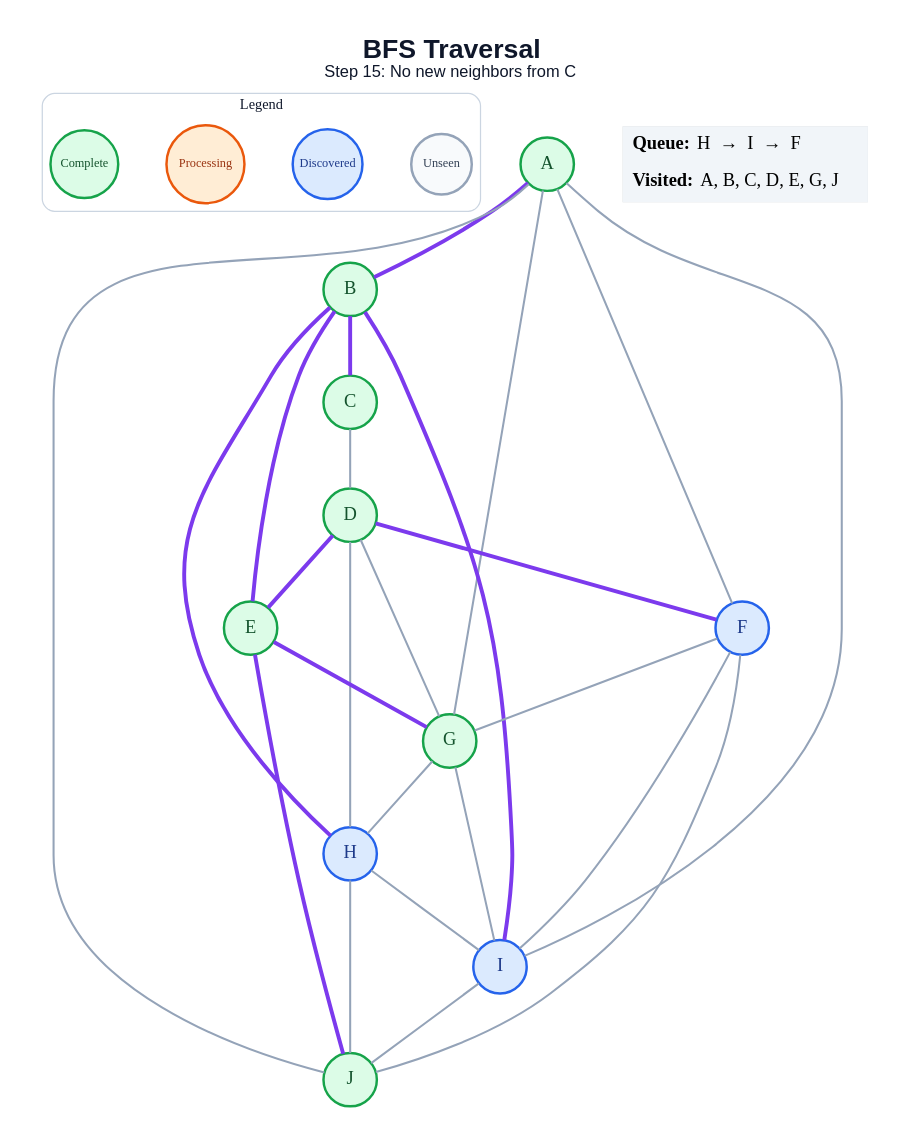
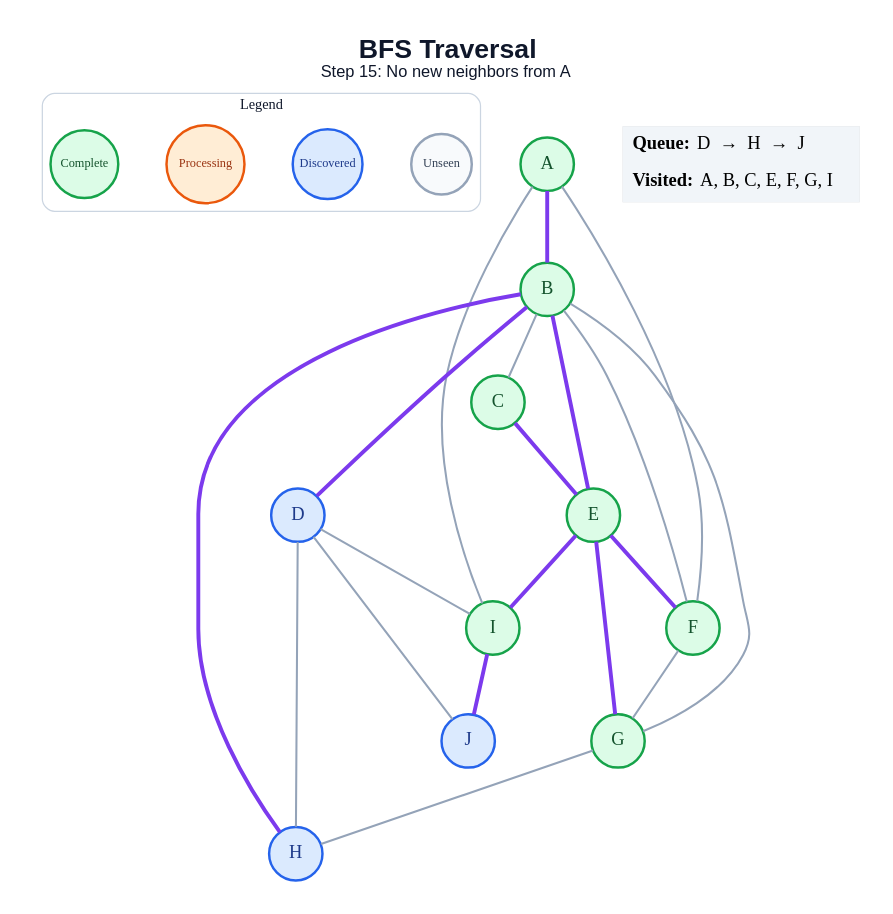
The diagram in generated/specific-node/bfs/step_15.dot (amanghodawala9/ai-slop), drawn with Graphviz before and after one commit. The commit also changed 178 other files, not shown here.

```diff
--- a/generated/specific-node/bfs/step_15.dot
+++ b/generated/specific-node/bfs/step_15.dot
@@ -1,53 +1,48 @@
 graph traversal {
   graph [layout=dot, rankdir=TB, bgcolor="#FFFFFF", pad="0.35", nodesep="0.65", ranksep="0.8", fontname="Arial"];
   node [shape=circle, style="filled", fontname="Arial Bold", fontsize=18, width=0.72, fixedsize=true, penwidth=2.4];
   edge [color="#94A3B8", penwidth=2.0];
-  label=<<B>BFS Traversal</B><BR/><FONT POINT-SIZE="16">Step 15: No new neighbors from C</FONT>>; labelloc="t"; fontsize=26; fontname="Arial"; fontcolor="#0F172A";
+  label=<<B>BFS Traversal</B><BR/><FONT POINT-SIZE="16">Step 15: No new neighbors from A</FONT>>; labelloc="t"; fontsize=26; fontname="Arial"; fontcolor="#0F172A";
   subgraph cluster_legend { label="Legend"; color="#CBD5E1"; penwidth=1.2; style="rounded"; fontsize=14; fontname="Arial Bold";
     key_unseen [label="Unseen", fillcolor="#F8FAFC", color="#94A3B8", fontcolor="#334155", fontsize=12, width=0.82];
     key_frontier [label="Discovered", fillcolor="#DBEAFE", color="#2563EB", fontcolor="#1E3A8A", fontsize=12, width=0.95];
     key_current [label="Processing", fillcolor="#FFEDD5", color="#EA580C", fontcolor="#9A3412", fontsize=12, width=1.05];
     key_done [label="Complete", fillcolor="#DCFCE7", color="#16A34A", fontcolor="#14532D", fontsize=12, width=0.92];
     { rank=same; key_unseen; key_frontier; key_current; key_done; }
   }
   A [fillcolor="#DCFCE7", color="#16A34A", fontcolor="#14532D"];
   B [fillcolor="#DCFCE7", color="#16A34A", fontcolor="#14532D"];
   C [fillcolor="#DCFCE7", color="#16A34A", fontcolor="#14532D"];
-  D [fillcolor="#DCFCE7", color="#16A34A", fontcolor="#14532D"];
+  D [fillcolor="#DBEAFE", color="#2563EB", fontcolor="#1E3A8A"];
   E [fillcolor="#DCFCE7", color="#16A34A", fontcolor="#14532D"];
-  F [fillcolor="#DBEAFE", color="#2563EB", fontcolor="#1E3A8A"];
+  F [fillcolor="#DCFCE7", color="#16A34A", fontcolor="#14532D"];
   G [fillcolor="#DCFCE7", color="#16A34A", fontcolor="#14532D"];
   H [fillcolor="#DBEAFE", color="#2563EB", fontcolor="#1E3A8A"];
-  I [fillcolor="#DBEAFE", color="#2563EB", fontcolor="#1E3A8A"];
-  J [fillcolor="#DCFCE7", color="#16A34A", fontcolor="#14532D"];
+  I [fillcolor="#DCFCE7", color="#16A34A", fontcolor="#14532D"];
+  J [fillcolor="#DBEAFE", color="#2563EB", fontcolor="#1E3A8A"];
   A -- B [color="#7C3AED", penwidth=3.8];
   A -- F;
-  A -- G;
   A -- I;
-  A -- J;
-  B -- C [color="#7C3AED", penwidth=3.8];
+  B -- C;
+  B -- D [color="#7C3AED", penwidth=3.8];
   B -- E [color="#7C3AED", penwidth=3.8];
+  B -- F;
+  B -- G;
   B -- H [color="#7C3AED", penwidth=3.8];
-  B -- I [color="#7C3AED", penwidth=3.8];
-  C -- D;
-  D -- E [color="#7C3AED", penwidth=3.8];
-  D -- F [color="#7C3AED", penwidth=3.8];
-  D -- G;
+  C -- E [color="#7C3AED", penwidth=3.8];
   D -- H;
+  D -- I;
+  D -- J;
+  E -- F [color="#7C3AED", penwidth=3.8];
   E -- G [color="#7C3AED", penwidth=3.8];
-  E -- J [color="#7C3AED", penwidth=3.8];
+  E -- I [color="#7C3AED", penwidth=3.8];
   F -- G;
-  F -- I;
-  F -- J;
   G -- H;
-  G -- I;
-  H -- I;
-  H -- J;
-  I -- J;
+  I -- J [color="#7C3AED", penwidth=3.8];
   status [shape=plain, fixedsize=false, width=0, height=0, margin=0, label=<
     <TABLE BORDER="0" CELLBORDER="0" CELLPADDING="7" BGCOLOR="#F1F5F9">
-      <TR><TD ALIGN="LEFT"><B>Queue:</B> H  →  I  →  F</TD></TR>
-      <TR><TD ALIGN="LEFT"><B>Visited:</B> A, B, C, D, E, G, J</TD></TR>
+      <TR><TD ALIGN="LEFT"><B>Queue:</B> D  →  H  →  J</TD></TR>
+      <TR><TD ALIGN="LEFT"><B>Visited:</B> A, B, C, E, F, G, I</TD></TR>
     </TABLE>
   >];
 }
```
